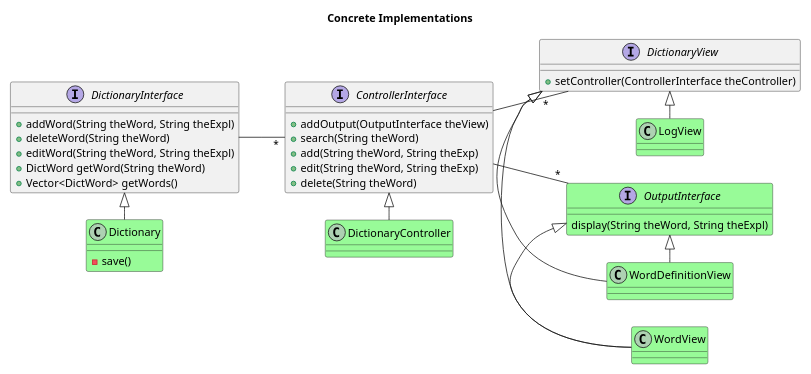
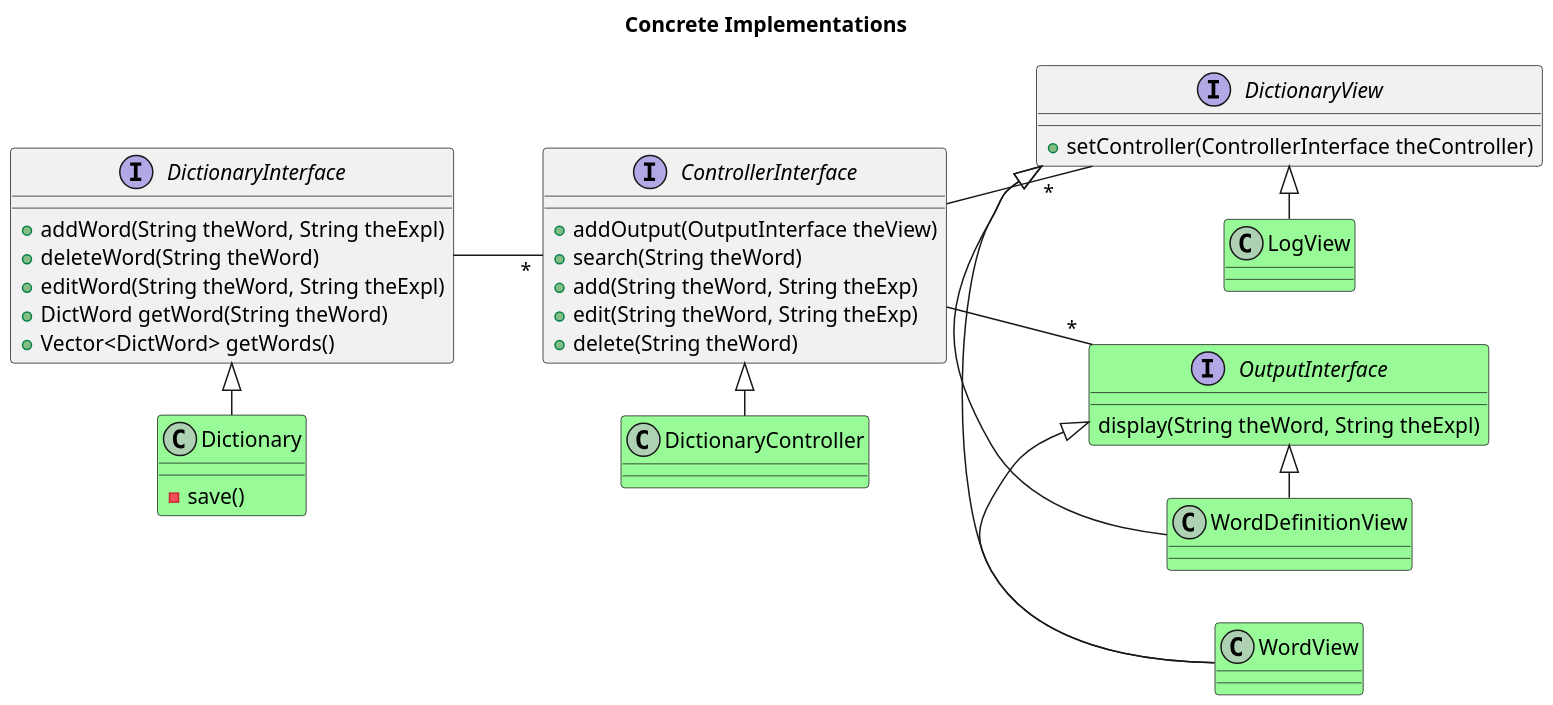
Before and after one commit to bth-dipt-teaching/PA1458-OO-Design: the sixth of 8 diagrams in Lectures/07_Design_to_Code.org, drawn with PlantUML. The commit also changed other lines of this file and 8 other files, not shown here.

```diff
--- a/Lectures/07_Design_to_Code.org
+++ b/Lectures/07_Design_to_Code.org
@@ -157,46 +162,46 @@
 #+BEGIN_SRC plantuml :file FDictionaryClass2.png
-scale max 800*600
+scale 1.5
 left to right direction
 title Concrete Implementations
 interface DictionaryInterface
 DictionaryInterface : +addWord(String theWord, String theExpl)
 DictionaryInterface : +deleteWord(String theWord)
 DictionaryInterface : +editWord(String theWord, String theExpl)
 DictionaryInterface : +DictWord getWord(String theWord)
 DictionaryInterface : +Vector<DictWord> getWords()
 
 interface DictionaryView
 DictionaryView : +setController(ControllerInterface theController)
 
 interface ControllerInterface
 ControllerInterface : +addOutput(OutputInterface theView)
 ControllerInterface : +search(String theWord)
 ControllerInterface : +add(String theWord, String theExp)
 ControllerInterface : +edit(String theWord, String theExp)
 ControllerInterface : +delete(String theWord)
 
 ControllerInterface -- "*" OutputInterface
 interface OutputInterface #PaleGreen
 OutputInterface : display(String theWord, String theExpl)
 
 DictionaryInterface -- "*" ControllerInterface
 ControllerInterface -- "*" DictionaryView
 
 DictionaryInterface <|- Dictionary
 Dictionary : -save()
 
 ControllerInterface <|- DictionaryController
 
 DictionaryView <|- WordView
 DictionaryView <|- WordDefinitionView
 DictionaryView <|- LogView
 
 OutputInterface <|- WordView
 OutputInterface <|- WordDefinitionView
 
 class Dictionary #PaleGreen
 class DictionaryController #PaleGreen
 class LogView #PaleGreen
 class WordDefinitionView #PaleGreen
 class WordView #PaleGreen
 #+END_SRC
```
